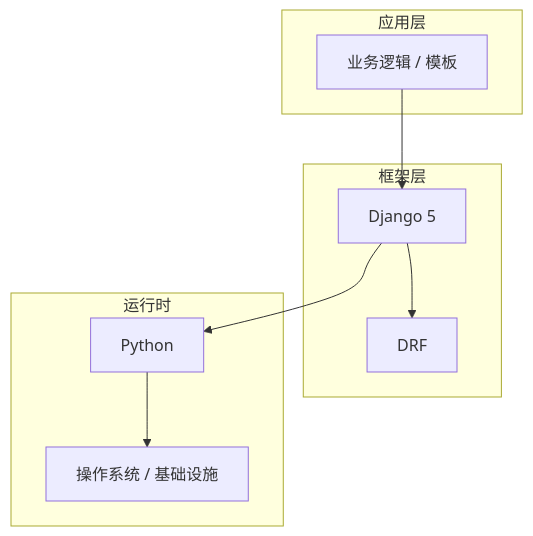
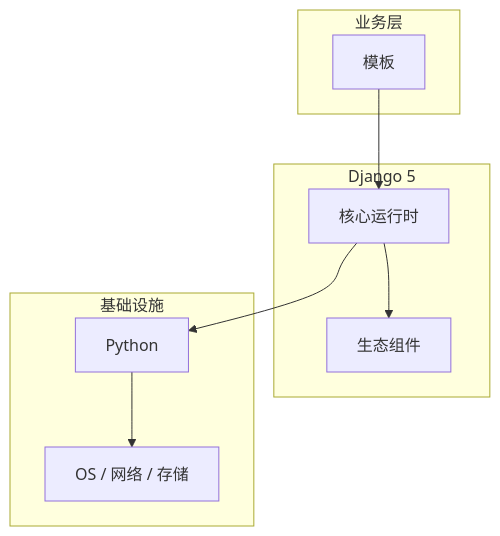
Before and after one commit to yanggan2015/knowledge-json-v2: the diagram in articles/Django/chapters/025-模板核心概念与原理.md, drawn with Mermaid. The commit also changed other lines of this file and 10127 other files, not shown here.

````diff
--- a/articles/Django/chapters/025-模板核心概念与原理.md
+++ b/articles/Django/chapters/025-模板核心概念与原理.md
@@ -45,18 +34,18 @@
 ```mermaid
 graph TB
-    subgraph 应用层
-        A[业务逻辑 / 模板]
+    subgraph 业务层
+        A[模板]
     end
-    subgraph 框架层
-        B[Django 5]
-        C[DRF]
+    subgraph Django 5
+        B[核心运行时]
+        C[生态组件]
     end
-    subgraph 运行时
+    subgraph 基础设施
         D[Python]
-        E[操作系统 / 基础设施]
+        E[OS / 网络 / 存储]
     end
     A --> B
     B --> C
     B --> D
     D --> E
 ```
````
